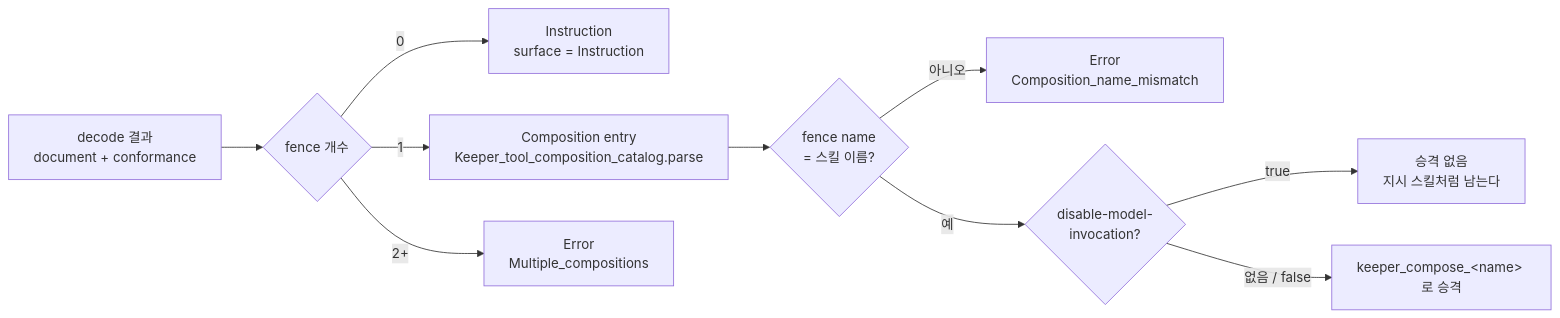
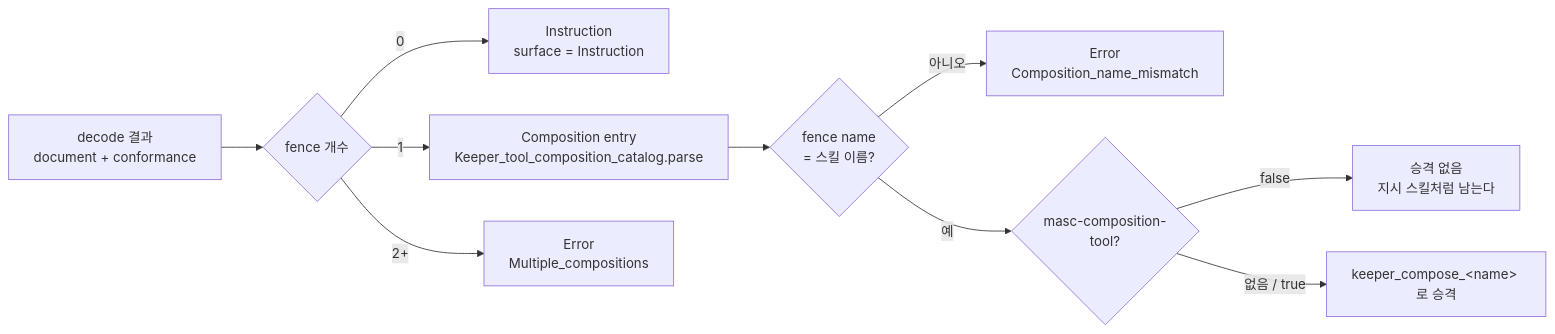
One commit to jeong-sik/masc changed the second of 4 diagrams in docs/SKILLS-FLOW.md. Above: the diagram before and after it, drawn with Mermaid. The commit also changed other lines of this file and 4 other files, not shown here.

````diff
--- a/docs/SKILLS-FLOW.md
+++ b/docs/SKILLS-FLOW.md
@@ -56,12 +56,12 @@
 ```mermaid
 flowchart LR
   D["decode 결과<br/>document + conformance"] --> Q{"fence 개수"}
   Q -->|"0"| INS["Instruction<br/>surface = Instruction"]
   Q -->|"1"| COM["Composition entry<br/>Keeper_tool_composition_catalog.parse"]
   Q -->|"2+"| ERR2["Error<br/>Multiple_compositions"]
   COM --> NM{"fence name<br/>= 스킬 이름?"}
   NM -->|"아니오"| ERR3["Error<br/>Composition_name_mismatch"]
-  NM -->|"예"| MI{"disable-model-<br/>invocation?"}
-  MI -->|"true"| HID["승격 없음<br/>지시 스킬처럼 남는다"]
-  MI -->|"없음 / false"| OK["keeper_compose_&lt;name&gt; 로 승격"]
+  NM -->|"예"| MI{"masc-composition-<br/>tool?"}
+  MI -->|"false"| HID["승격 없음<br/>지시 스킬처럼 남는다"]
+  MI -->|"없음 / true"| OK["keeper_compose_&lt;name&gt; 로 승격"]
 ```
````
